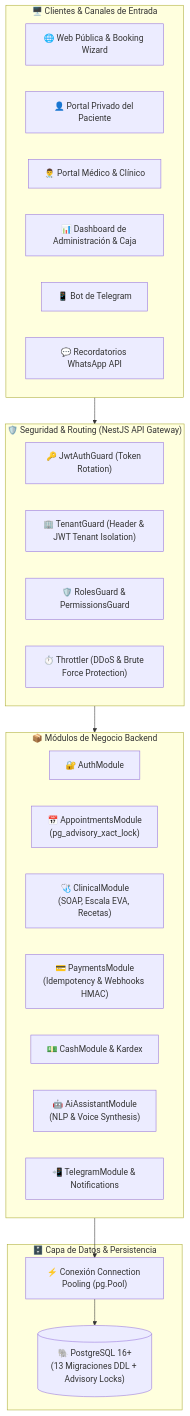
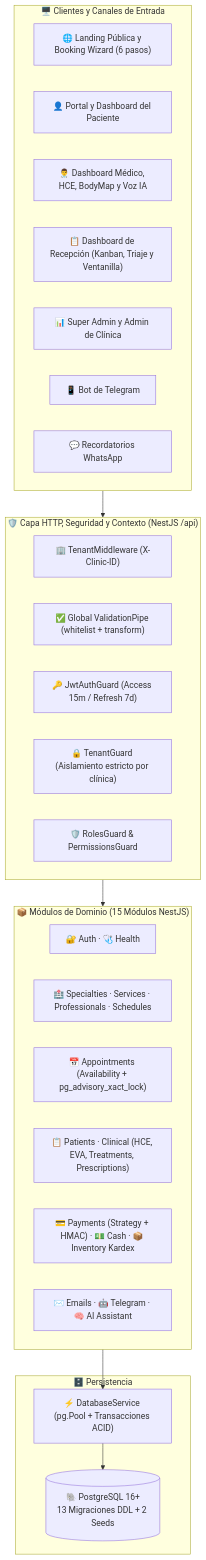
The first of 2 diagrams in README.md (Alessander9/SistemaCitas_ok), drawn with Mermaid before and after one commit. The commit also changed other lines of this file, not shown here.

Commit message:
docs: consolidate global project documentation in README.md

````diff
--- a/README.md
+++ b/README.md
@@ -58,38 +63,39 @@
 ```mermaid
 flowchart TB
-    subgraph CLIENTS ["🖥️ Clientes & Canales de Entrada"]
-        WEB_PUB["🌐 Web Pública & Booking Wizard"]
-        PORTAL_PAC["👤 Portal Privado del Paciente"]
-        PORTAL_MED["👨‍⚕️ Portal Médico & Clínico"]
-        PORTAL_ADM["📊 Dashboard de Administración & Caja"]
+    subgraph CLIENTS ["🖥️ Clientes y Canales de Entrada"]
+        WEB_PUB["🌐 Landing Pública y Booking Wizard (6 pasos)"]
+        PORTAL_PAC["👤 Portal y Dashboard del Paciente"]
+        PORTAL_MED["👨‍⚕️ Dashboard Médico, HCE, BodyMap y Voz IA"]
+        PORTAL_REC["📋 Dashboard de Recepción (Kanban, Triaje y Ventanilla)"]
+        PORTAL_ADM["📊 Super Admin y Admin de Clínica"]
         BOT_TG["📱 Bot de Telegram"]
-        WHATSAPP["💬 Recordatorios WhatsApp API"]
+        WHATSAPP["💬 Recordatorios WhatsApp"]
     end
 
-    subgraph GATEWAY ["🛡️ Seguridad & Routing (NestJS API Gateway)"]
-        AUTH_GUARD["🔑 JwtAuthGuard (Token Rotation)"]
-        TENANT_GUARD["🏢 TenantGuard (Header & JWT Tenant Isolation)"]
+    subgraph GATEWAY ["🛡️ Capa HTTP, Seguridad y Contexto (NestJS /api)"]
+        TENANT_MW["🏢 TenantMiddleware (X-Clinic-ID)"]
+        VAL_PIPE["✅ Global ValidationPipe (whitelist + transform)"]
+        AUTH_GUARD["🔑 JwtAuthGuard (Access 15m / Refresh 7d)"]
+        TENANT_GUARD["🔒 TenantGuard (Aislamiento estricto por clínica)"]
         RBAC_GUARD["🛡️ RolesGuard & PermissionsGuard"]
-        RATE_LIMITER["⏱️ Throttler (DDoS & Brute Force Protection)"]
     end
 
-    subgraph MODULES ["📦 Módulos de Negocio Backend"]
-        AUTH_MOD["🔐 AuthModule"]
-        APPT_MOD["📅 AppointmentsModule\n(pg_advisory_xact_lock)"]
-        CLINICAL_MOD["🩺 ClinicalModule\n(SOAP, Escala EVA, Recetas)"]
-        PAY_MOD["💳 PaymentsModule\n(Idempotency & Webhooks HMAC)"]
-        CASH_MOD["💵 CashModule & Kardex"]
-        AI_MOD["🤖 AiAssistantModule\n(NLP & Voice Synthesis)"]
-        NOTIF_MOD["📲 TelegramModule & Notifications"]
+    subgraph MODULES ["📦 Módulos de Dominio (15 Módulos NestJS)"]
+        CORE_MOD["🔐 Auth · 🩺 Health"]
+        CAT_MOD["🏥 Specialties · Services · Professionals · Schedules"]
+        APPT_MOD["📅 Appointments (Availability + pg_advisory_xact_lock)"]
+        CLIN_MOD["📋 Patients · Clinical (HCE, EVA, Treatments, Prescriptions)"]
+        FIN_MOD["💳 Payments (Strategy + HMAC) · 💵 Cash · 📦 Inventory Kardex"]
+        AUTO_MOD["✉️ Emails · 🤖 Telegram · 🧠 AI Assistant"]
     end
 
-    subgraph STORAGE ["🗄️ Capa de Datos & Persistencia"]
-        PG_DB[("🐘 PostgreSQL 16+\n(13 Migraciones DDL + Advisory Locks)")]
-        POOLS["⚡ Conexión Connection Pooling (pg.Pool)"]
+    subgraph STORAGE ["🗄️ Persistencia"]
+        POOL["⚡ DatabaseService (pg.Pool + Transacciones ACID)"]
+        PG_DB[("🐘 PostgreSQL 16+\n13 Migraciones DDL + 2 Seeds")]
     end
 
     CLIENTS --> GATEWAY
     GATEWAY --> MODULES
-    MODULES --> POOLS
-    POOLS --> PG_DB
+    MODULES --> POOL
+    POOL --> PG_DB
 ```
````
